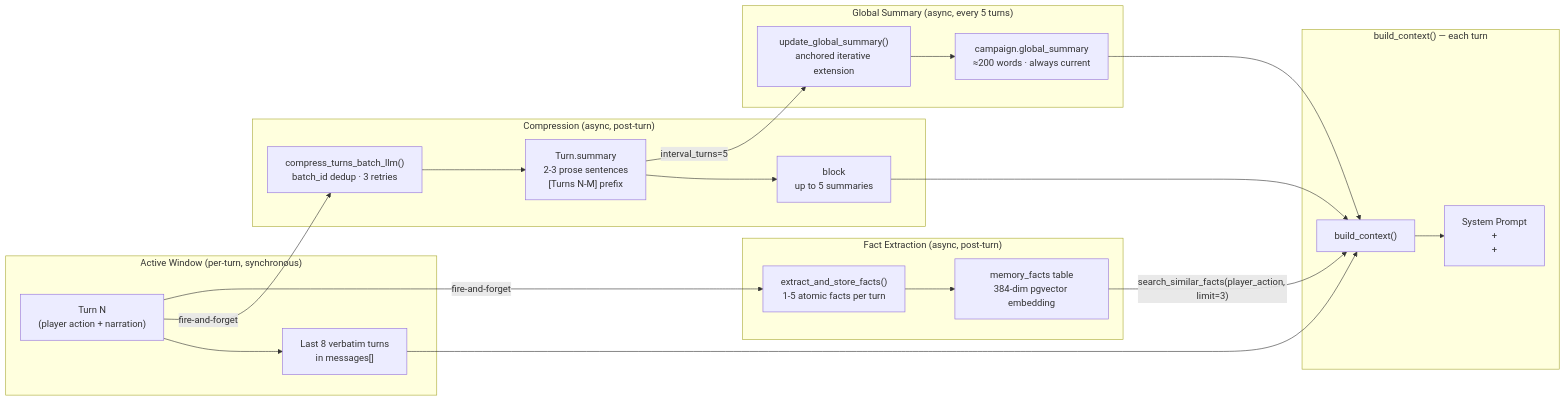
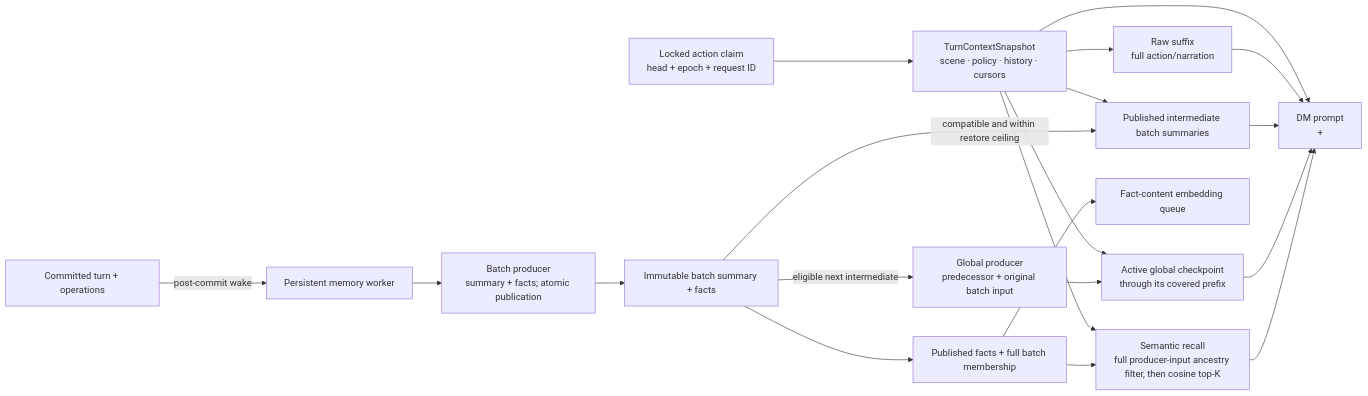
The third of 7 diagrams in docs/AGENTIC_ARCHITECTURE.md (tommasomattarelli/saga), drawn with Mermaid before and after one commit. The commit also changed other lines of this file and 5 other files, not shown here.

````diff
--- a/docs/AGENTIC_ARCHITECTURE.md
+++ b/docs/AGENTIC_ARCHITECTURE.md
@@ -194,32 +192,23 @@
 ```mermaid
 flowchart LR
-    T["Turn N\n(player action + narration)"]
+    CLAIM["Locked action claim\nhead + epoch + request ID"] --> SNAP["TurnContextSnapshot\nscene · policy · history · cursors"]
+    SNAP --> RAW["Raw suffix\nfull action/narration"]
+    SNAP --> INTER["Published intermediate batch summaries"]
+    SNAP --> GLOBAL["Active global checkpoint\nthrough its covered prefix"]
+    SNAP --> PROMPT["DM prompt\n<global_summary> + <history>"]
+    RAW --> PROMPT
+    INTER --> PROMPT
+    GLOBAL --> PROMPT
 
-    subgraph hot["Active Window (per-turn, synchronous)"]
-        T --> AW["Last 8 verbatim turns\nin messages[]"]
-    end
-
-    subgraph compress["Compression (async, post-turn)"]
-        T -->|fire-and-forget| COMP["compress_turns_batch_llm()\nbatch_id dedup · 3 retries"]
-        COMP --> SUM["Turn.summary\n2-3 prose sentences\n[Turns N-M] prefix"]
-        SUM --> HIST["<history> block\nup to 5 summaries"]
-    end
-
-    subgraph facts["Fact Extraction (async, post-turn)"]
-        T -->|fire-and-forget| FE["extract_and_store_facts()\n1-5 atomic facts per turn"]
-        FE --> MF["memory_facts table\n384-dim pgvector embedding"]
-    end
-
-    subgraph global["Global Summary (async, every 5 turns)"]
-        SUM -->|interval_turns=5| GS["update_global_summary()\nanchored iterative extension"]
-        GS --> GSD["campaign.global_summary\n≈200 words · always current"]
-    end
-
-    subgraph ctx["build_context() — each turn"]
-        AW --> BC
-        HIST --> BC
-        GSD --> BC
-        MF -->|"search_similar_facts(player_action, limit=3)"| BC["build_context()"]
-        BC --> SP["System Prompt\n<global_summary> + <history>\n+ <recalled_memories>"]
-    end
+    TURN["Committed turn + operations"] -->|post-commit wake| WORKER["Persistent memory worker"]
+    WORKER --> BATCH["Batch producer\nsummary + facts; atomic publication"]
+    BATCH --> ARTIFACT["Immutable batch summary + facts"]
+    ARTIFACT -->|compatible and within restore ceiling| INTER
+    ARTIFACT -->|eligible next intermediate| CHECKPOINT["Global producer\npredecessor + original batch input"]
+    CHECKPOINT --> GLOBAL
+    ARTIFACT --> FACTS["Published facts + full batch membership"]
+    FACTS --> EMBED["Fact-content embedding queue"]
+    SNAP --> RECALL["Semantic recall\nfull producer-input ancestry filter, then cosine top-K"]
+    FACTS --> RECALL
+    RECALL --> PROMPT
 ```
````
